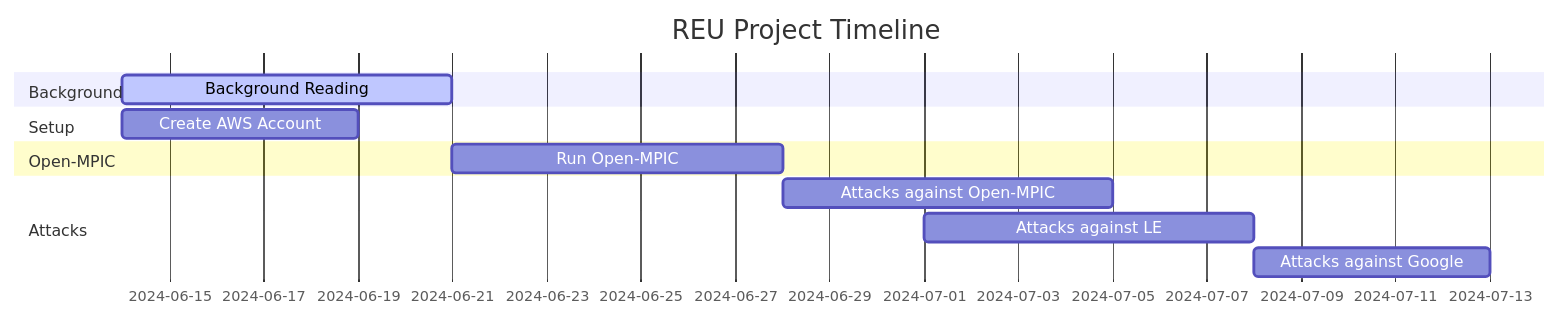
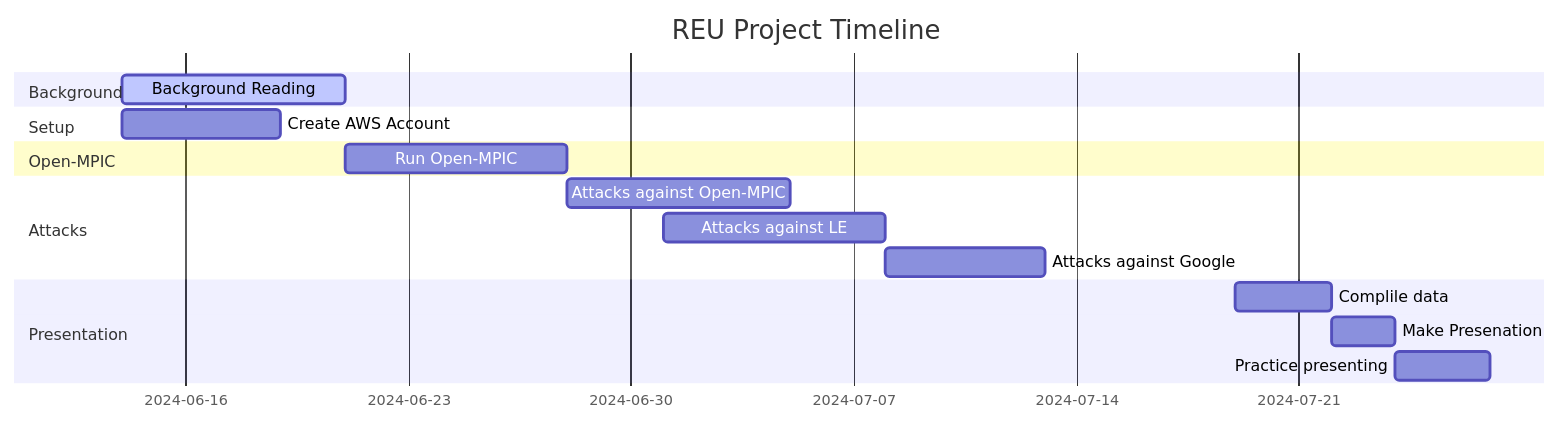
Before and after one commit to christine-guoo/Princeton-Intel-REU-: the diagram in README.md, drawn with Mermaid.

````diff
--- a/README.md
+++ b/README.md
@@ -2,15 +2,19 @@
 ```mermaid
 gantt
 dateFormat  YYYY-MM-DD
 title REU Project Timeline
 section Background
     Background Reading: active, rev1, 2024-06-14, 1w
 section Setup
     Create AWS Account: aws-setup, 2024-06-14, 5d
 section Open-MPIC
     Run Open-MPIC: open-mpic, 2024-06-21, 1w
 section Attacks
     Attacks against Open-MPIC: after open-mpic, 1w
     Attacks against LE: le-attacks, 2024-07-01, 1w
     Attacks against Google: after le-attacks, 5d
+section Presentation
+    Complile data: data, 2024-07-19, 3d
+    Make Presenation: slides, after data, 2d
+    Practice presenting: after slides, 3d
 ```
````
